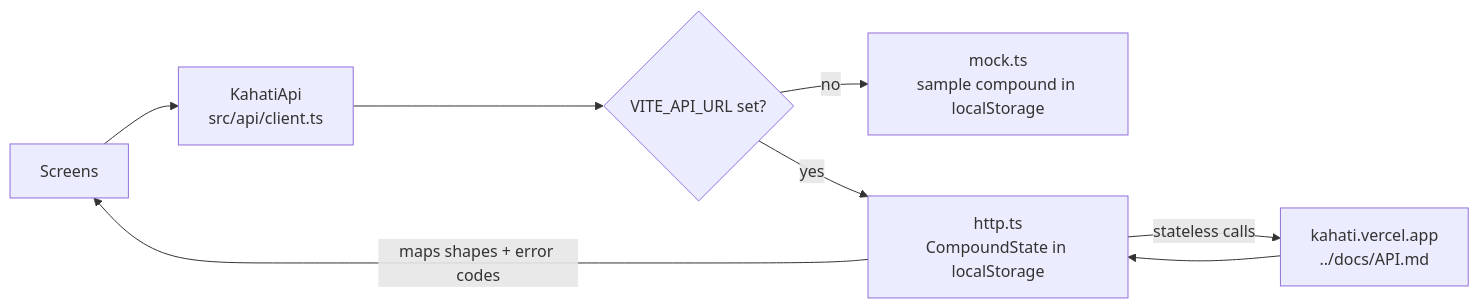
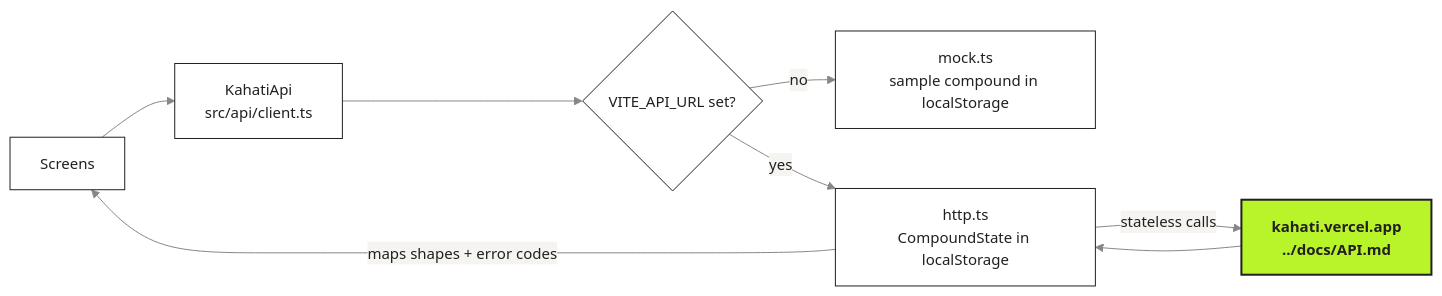
The second of 2 diagrams in web/README.md (msmeralco/TeamNewYorkStylePizza), drawn with Mermaid before and after one commit. The commit also changed other lines of this file and 1 other file, not shown here.

Commit message:
README diagrams in Kahati branding: white nodes, dark grey text, one lime key node, Inter Tight

````diff
--- a/web/README.md
+++ b/web/README.md
@@ -60,10 +63,13 @@
 ```mermaid
+%%{init: {'theme': 'base', 'themeVariables': {'fontFamily': 'Inter Tight, Inter, Segoe UI, Arial', 'fontSize': '15px', 'primaryColor': '#FFFFFF', 'primaryTextColor': '#231F20', 'primaryBorderColor': '#231F20', 'secondaryColor': '#F5F4F1', 'tertiaryColor': '#F5F4F1', 'lineColor': '#8A8685', 'textColor': '#231F20', 'clusterBkg': '#F5F4F1', 'clusterBorder': '#BDBAB8', 'edgeLabelBackground': '#F5F4F1', 'actorBkg': '#FFFFFF', 'actorBorder': '#231F20', 'actorTextColor': '#231F20', 'actorLineColor': '#8A8685', 'signalColor': '#5C5859', 'signalTextColor': '#231F20', 'noteBkgColor': '#B7F42A', 'noteTextColor': '#231F20', 'noteBorderColor': '#7A9F1B', 'labelBoxBkgColor': '#F5F4F1', 'labelBoxBorderColor': '#BDBAB8', 'loopTextColor': '#231F20'}}}%%
 flowchart LR
     S["Screens"] --> C["KahatiApi<br/>src/api/client.ts"]
     C --> I{"VITE_API_URL set?"}
     I -- "no" --> M["mock.ts<br/>sample compound in localStorage"]
     I -- "yes" --> H["http.ts<br/>CompoundState in localStorage"]
     H -->|"stateless calls"| API["kahati.vercel.app<br/>../docs/API.md"]
     API --> H
     H -->|"maps shapes + error codes"| S
+    classDef key fill:#B7F42A,stroke:#231F20,stroke-width:2px,color:#231F20,font-weight:bold
+    class API key
 ```
````
